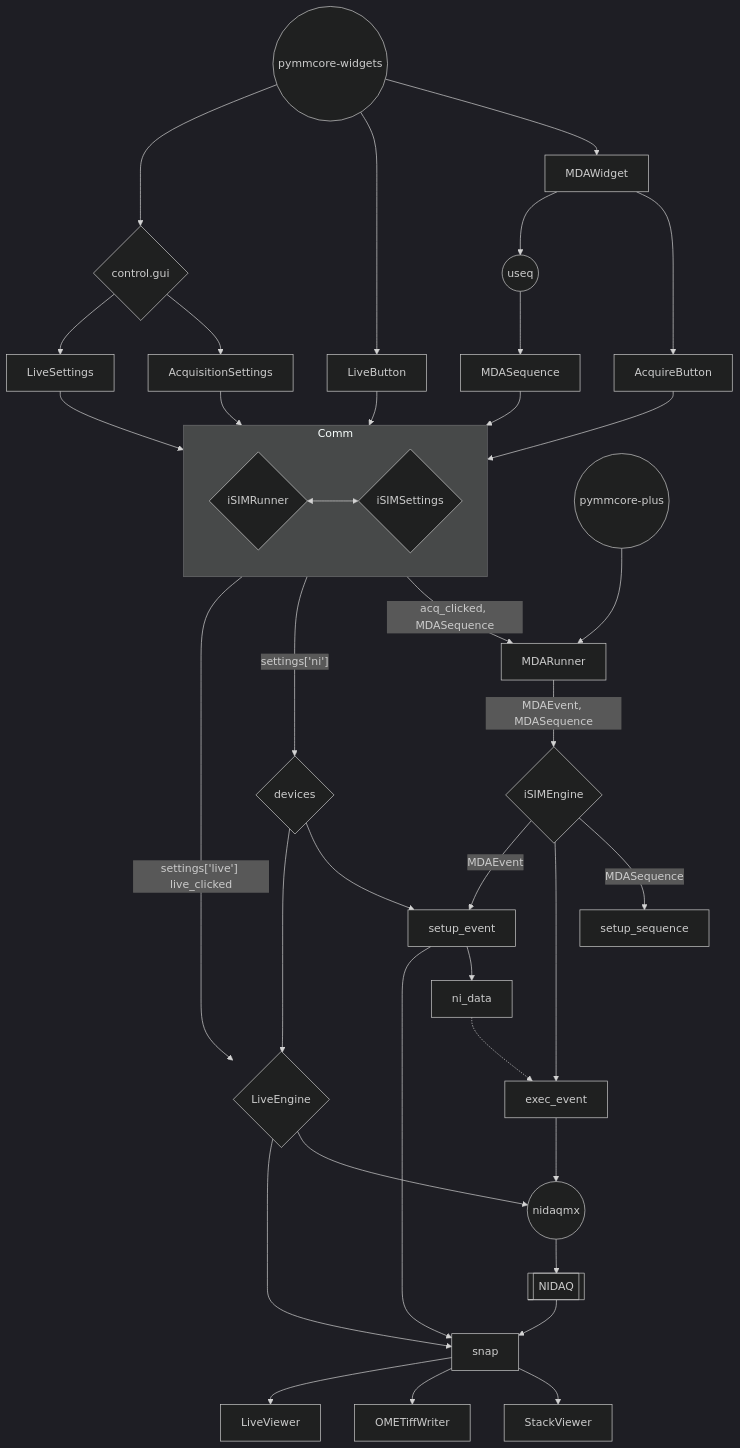
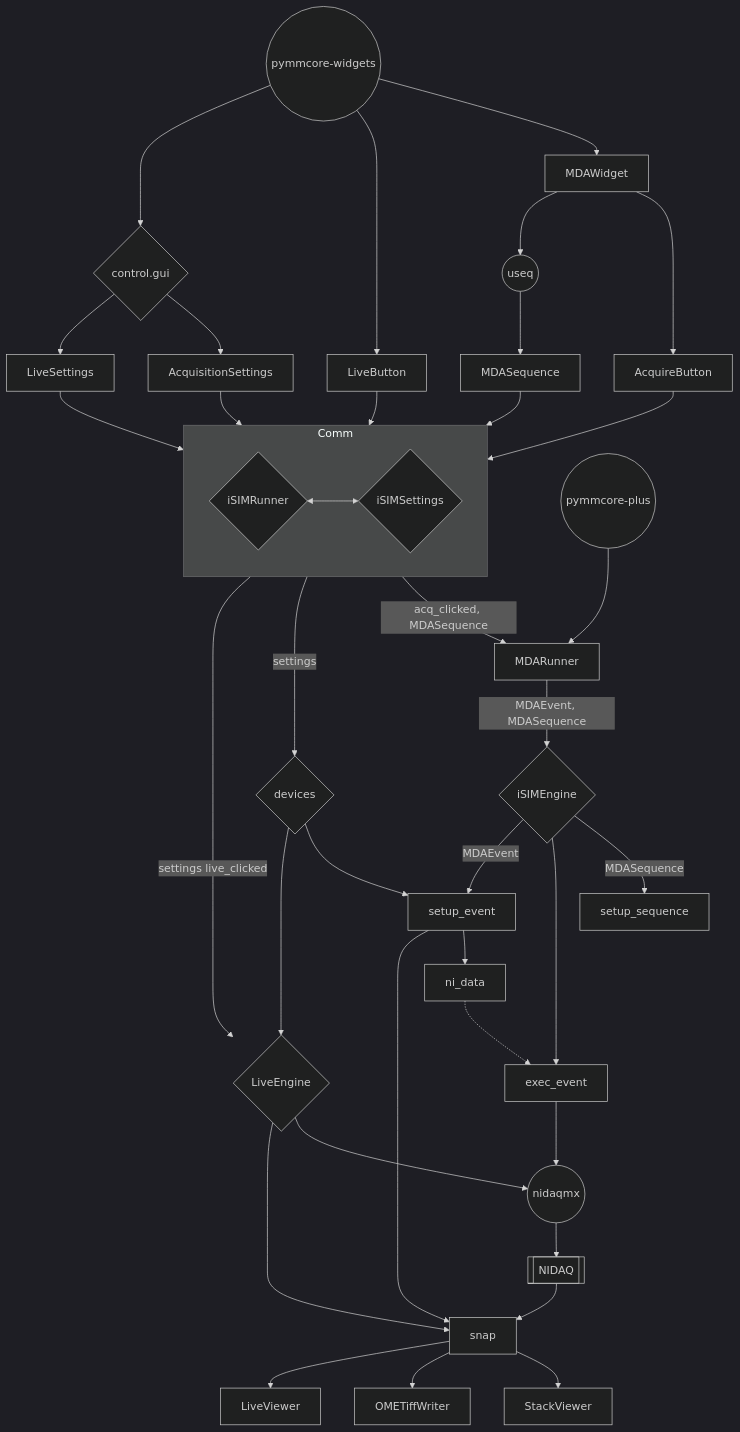
The diagram in control/doc/structure.md (LEB-EPFL/iSIM), drawn with Mermaid (dark theme) before and after one commit.

Commit message:
fixing github mermaid

````diff
--- a/control/doc/structure.md
+++ b/control/doc/structure.md
@@ -1,64 +1,64 @@
 ```mermaid
 flowchart TB;
     useq((useq))
     pymmcore-widgets((pymmcore-widgets))
     iSIMSettings{iSIMSettings}
     iSIMRunner{iSIMRunner}
     pymmcore-plus((pymmcore-plus))
     iSIMEngine{iSIMEngine}
     control.gui{control.gui}
 
     subgraph Comm
         direction LR
         iSIMRunner <--> iSIMSettings
     end
     devices{devices}
     NIDAQ[[NIDAQ]]
     nidaqmx((nidaqmx))
 
     %% Acquisisitons
 
     useq --> MDASequence
     pymmcore-widgets --> MDAWidget
     control.gui --> AcquisitionSettings
     MDAWidget --> AcquireButton
     AcquireButton --> Comm
     MDAWidget --> useq
     MDASequence --> Comm
     AcquisitionSettings --> Comm
 
 
     pymmcore-plus --> MDARunner
     Comm -- acq_clicked, MDASequence--> MDARunner
-    Comm -- settings['ni'] --> devices
+    Comm -- settings --> devices
 
 
     MDARunner -- MDAEvent, MDASequence --> iSIMEngine
     iSIMEngine -- MDASequence --> setup_sequence
     iSIMEngine --> exec_event
     iSIMEngine -- MDAEvent --> setup_event
     devices --> setup_event
     setup_event --> ni_data
     setup_event --> snap
     ni_data -.-> exec_event
     exec_event --> nidaqmx
     nidaqmx --> NIDAQ
     snap --> StackViewer
     snap --> OMETiffWriter
 
 
     %% Live Mode
     pymmcore-widgets --> LiveButton
     LiveButton --> Comm
     LiveEngine{LiveEngine} --> nidaqmx
     LiveEngine --> snap
     NIDAQ --> snap
     snap --> LiveViewer
 
     devices --> LiveEngine
-    Comm -- settings['live'] live_clicked--> LiveEngine
+    Comm -- settings live_clicked--> LiveEngine
 
     control.gui --> LiveSettings
     pymmcore-widgets --> control.gui
     LiveSettings --> Comm
 ```
````
